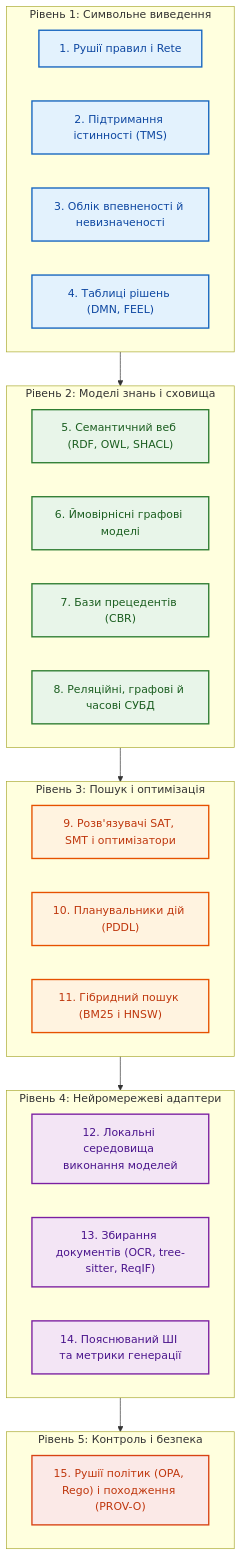
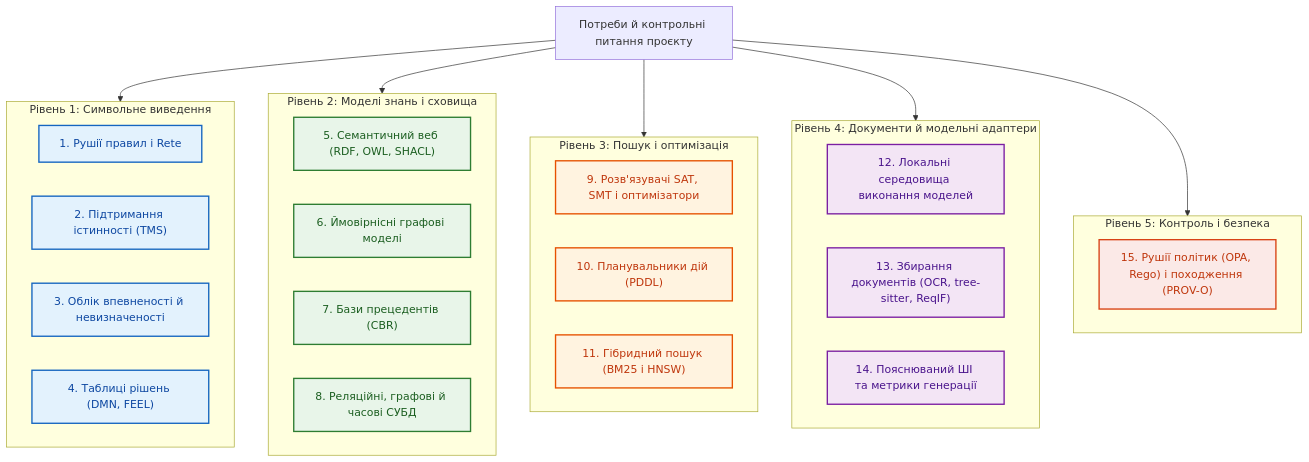
One commit to nick-fedchik/articles changed the fifth of 6 diagrams in ExpertSystem/ch17-implementation-stack.md. Above: the diagram before and after it, drawn with Mermaid. The commit also changed other lines of this file and 7 other files, not shown here.

````diff
--- a/ExpertSystem/ch17-implementation-stack.md
+++ b/ExpertSystem/ch17-implementation-stack.md
@@ -540,52 +756,53 @@
 ```mermaid
 flowchart TD
     accTitle: Карта п'ятнадцяти класів технологій доказової експертної системи
     accDescr: П'ятнадцять класів технологій, згрупованих за рівнями: символьне виведення, моделі знань і сховища, пошук і оптимізація, нейромережеві адаптери, контроль і безпека.
 
     subgraph CoreLevel["Рівень 1: Символьне виведення"]
         C1["1. Рушії правил і Rete"]
         C2["2. Підтримання істинності (TMS)"]
         C3["3. Облік впевненості й невизначеності"]
         C4["4. Таблиці рішень (DMN, FEEL)"]
     end
 
     subgraph DataLevel["Рівень 2: Моделі знань і сховища"]
         D1["5. Семантичний веб (RDF, OWL, SHACL)"]
         D2["6. Ймовірнісні графові моделі"]
         D3["7. Бази прецедентів (CBR)"]
         D4["8. Реляційні, графові й часові СУБД"]
     end
 
     subgraph AlgLevel["Рівень 3: Пошук і оптимізація"]
         A1["9. Розв'язувачі SAT, SMT і оптимізатори"]
         A2["10. Планувальники дій (PDDL)"]
         A3["11. Гібридний пошук (BM25 і HNSW)"]
     end
 
-    subgraph MLLevel["Рівень 4: Нейромережеві адаптери"]
+    subgraph MLLevel["Рівень 4: Документи й модельні адаптери"]
         M1["12. Локальні середовища виконання моделей"]
         M2["13. Збирання документів (OCR, tree-sitter, ReqIF)"]
         M3["14. Пояснюваний ШІ та метрики генерації"]
     end
 
     subgraph GovLevel["Рівень 5: Контроль і безпека"]
         G1["15. Рушії політик (OPA, Rego) і походження (PROV-O)"]
     end
 
-    CoreLevel --> DataLevel
-    DataLevel --> AlgLevel
-    AlgLevel --> MLLevel
-    MLLevel --> GovLevel
+    Needs["Потреби й контрольні питання проєкту"] --> CoreLevel
+    Needs --> DataLevel
+    Needs --> AlgLevel
+    Needs --> MLLevel
+    Needs --> GovLevel
 
     classDef clrCore fill:#e3f2fd,stroke:#1565c0,stroke-width:2px,color:#0d47a1;
     classDef clrData fill:#e8f5e9,stroke:#2e7d32,stroke-width:2px,color:#1b5e20;
     classDef clrAlg fill:#fff3e0,stroke:#e65100,stroke-width:2px,color:#bf360c;
     classDef clrML fill:#f3e5f5,stroke:#7b1fa2,stroke-width:2px,color:#4a148c;
     classDef clrGov fill:#fbe9e7,stroke:#d84315,stroke-width:2px,color:#bf360c;
 
     class C1,C2,C3,C4 clrCore;
     class D1,D2,D3,D4 clrData;
     class A1,A2,A3 clrAlg;
     class M1,M2,M3 clrML;
     class G1 clrGov;
 ```
````
